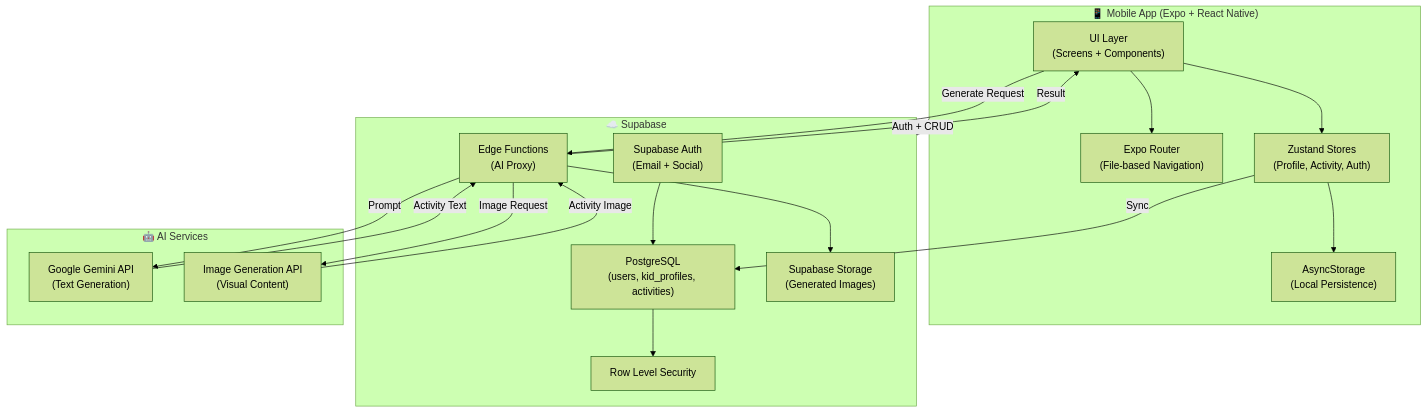
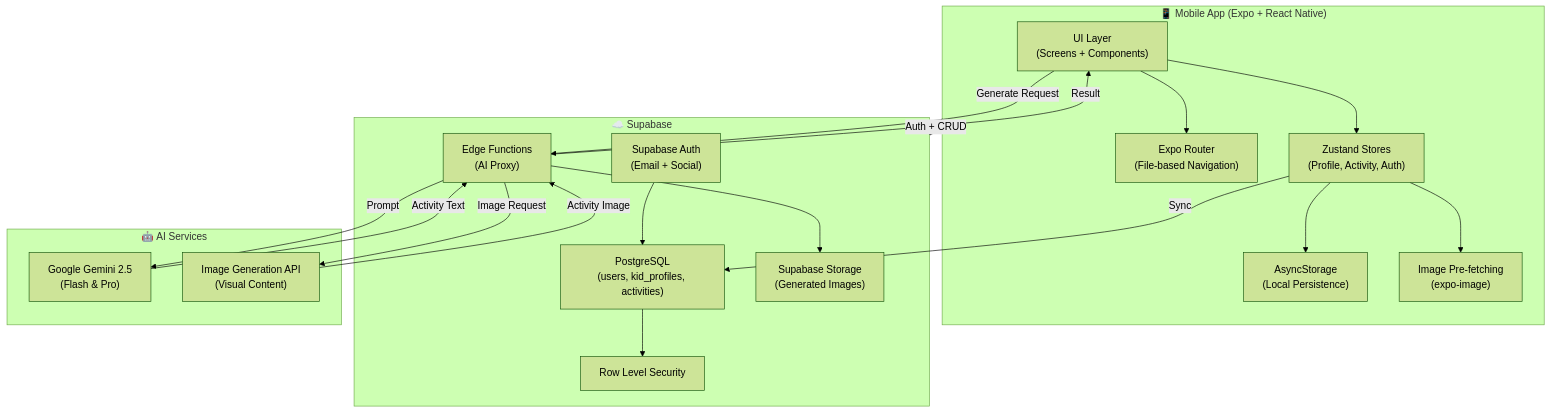
The first of 2 diagrams in docs/architecture.md (zaynkorai/kidivity), drawn with Mermaid (forest theme) before and after one commit. The commit also changed other lines of this file and 17 other files, not shown here.

````diff
--- a/docs/architecture.md
+++ b/docs/architecture.md
@@ -5,39 +5,41 @@
 ```mermaid
 flowchart TB
     subgraph Client["📱 Mobile App (Expo + React Native)"]
         UI["UI Layer<br/>(Screens + Components)"]
         NAV["Expo Router<br/>(File-based Navigation)"]
         STATE["Zustand Stores<br/>(Profile, Activity, Auth)"]
         PERSIST["AsyncStorage<br/>(Local Persistence)"]
+        PREFETCH["Image Pre-fetching<br/>(expo-image)"]
         
         UI --> NAV
         UI --> STATE
         STATE --> PERSIST
+        STATE --> PREFETCH
     end
     
     subgraph Supabase["☁️ Supabase"]
         AUTH["Supabase Auth<br/>(Email + Social)"]
         DB["PostgreSQL<br/>(users, kid_profiles, activities)"]
         EDGE["Edge Functions<br/>(AI Proxy)"]
         STORAGE["Supabase Storage<br/>(Generated Images)"]
         RLS["Row Level Security"]
         
         AUTH --> DB
         DB --> RLS
         EDGE --> STORAGE
     end
     
     subgraph AI["🤖 AI Services"]
-        GEMINI["Google Gemini API<br/>(Text Generation)"]
+        GEMINI["Google Gemini 2.5<br/>(Flash & Pro)"]
         IMGGEN["Image Generation API<br/>(Visual Content)"]
     end
     
     Client -->|"Auth + CRUD"| Supabase
     STATE -->|"Sync"| DB
     UI -->|"Generate Request"| EDGE
     EDGE -->|"Prompt"| GEMINI
     EDGE -->|"Image Request"| IMGGEN
     GEMINI -->|"Activity Text"| EDGE
     IMGGEN -->|"Activity Image"| EDGE
     EDGE -->|"Result"| UI
 ```
````
